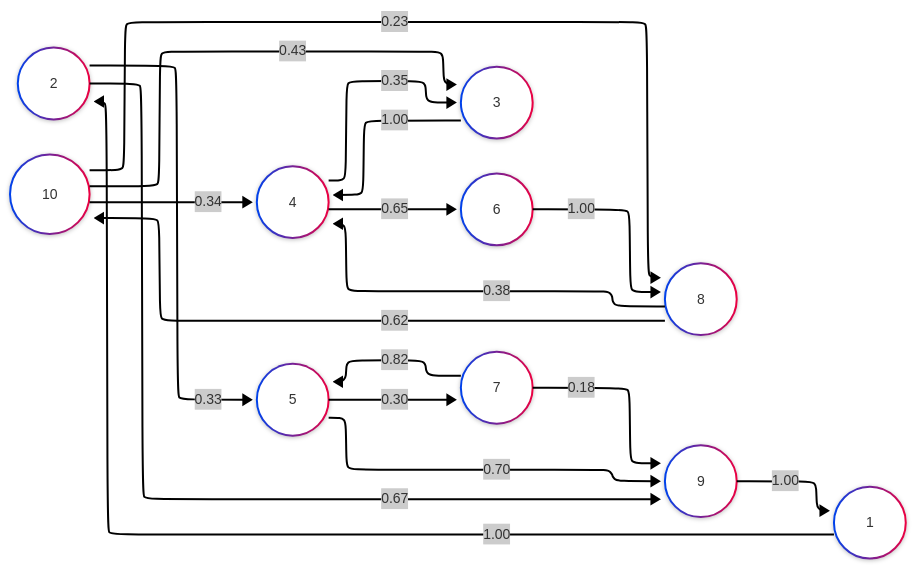
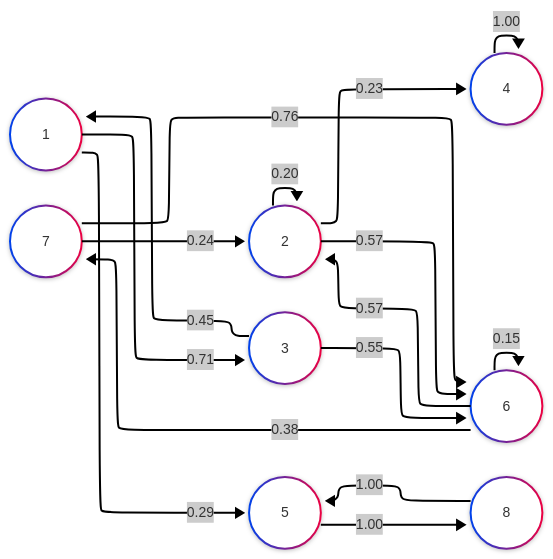
One commit to Dimitri20007/projet_graphe_markov_SDD changed the diagram in data/graphe_mermaid.mmd. Above: the diagram before and after it, drawn with Mermaid. The commit also changed 6 other files, not shown here.

```diff
--- a/data/graphe_mermaid.mmd
+++ b/data/graphe_mermaid.mmd
@@ -1,34 +1,30 @@
 ---
 config:
  layout: elk
  theme: neo
  look: neo
 ---
 flowchart LR
 A((1))
 B((2))
 C((3))
 D((4))
 E((5))
 F((6))
 G((7))
 H((8))
-I((9))
-J((10))
-A -->|1.00|B
-B -->|0.67|I
-B -->|0.33|E
-C -->|1.00|D
-D -->|0.65|F
-D -->|0.35|C
-E -->|0.70|I
-E -->|0.30|G
-F -->|1.00|H
-G -->|0.18|I
-G -->|0.82|E
-H -->|0.62|J
-H -->|0.38|D
-I -->|1.00|A
-J -->|0.23|H
-J -->|0.34|D
-J -->|0.43|C
+A -->|0.29|E
+A -->|0.71|C
+B -->|0.20|B
+B -->|0.23|D
+B -->|0.57|F
+C -->|0.55|F
+C -->|0.45|A
+D -->|1.00|D
+E -->|1.00|H
+F -->|0.57|B
+F -->|0.15|F
+F -->|0.38|G
+G -->|0.76|F
+G -->|0.24|B
+H -->|1.00|E
```
